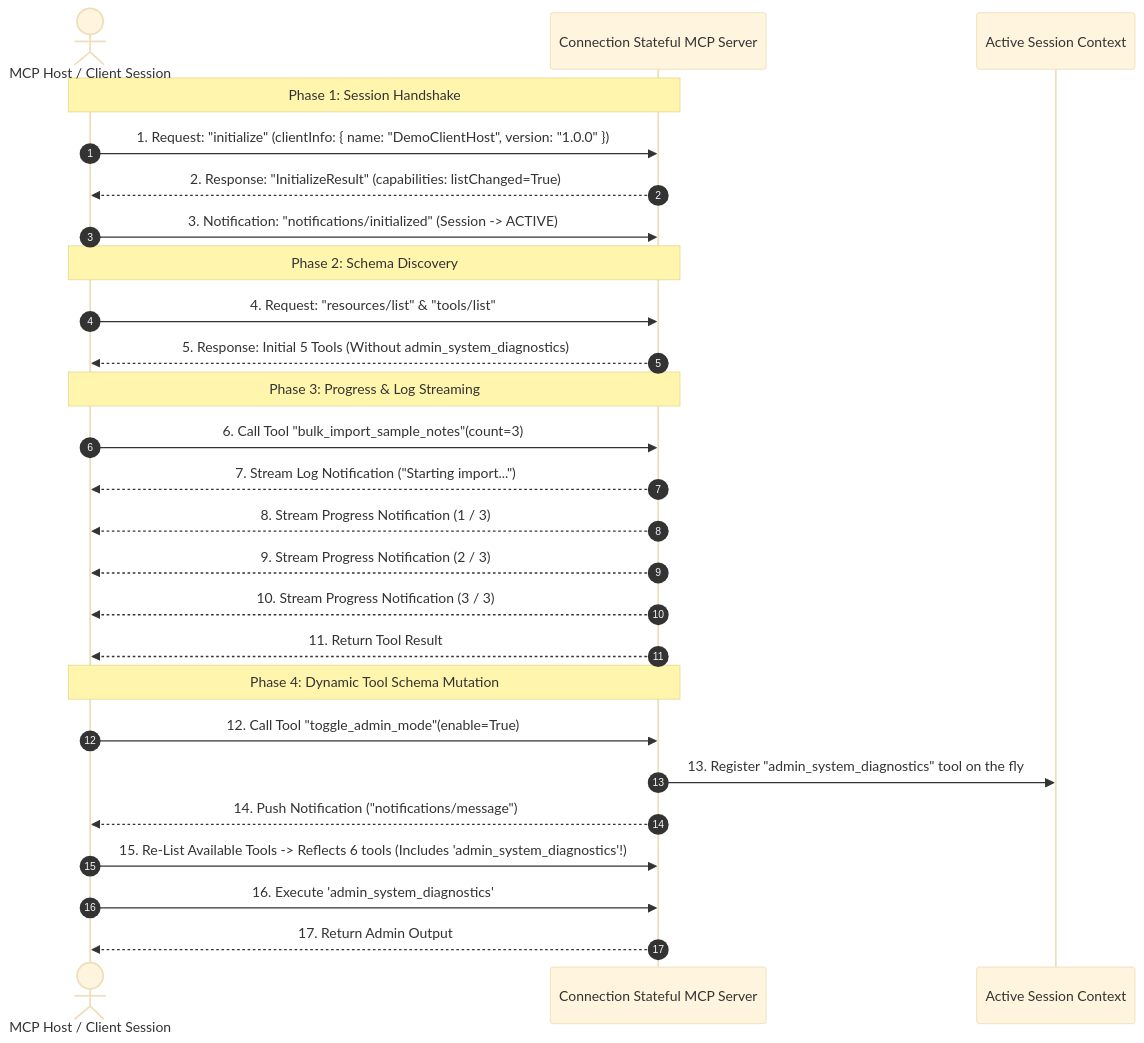
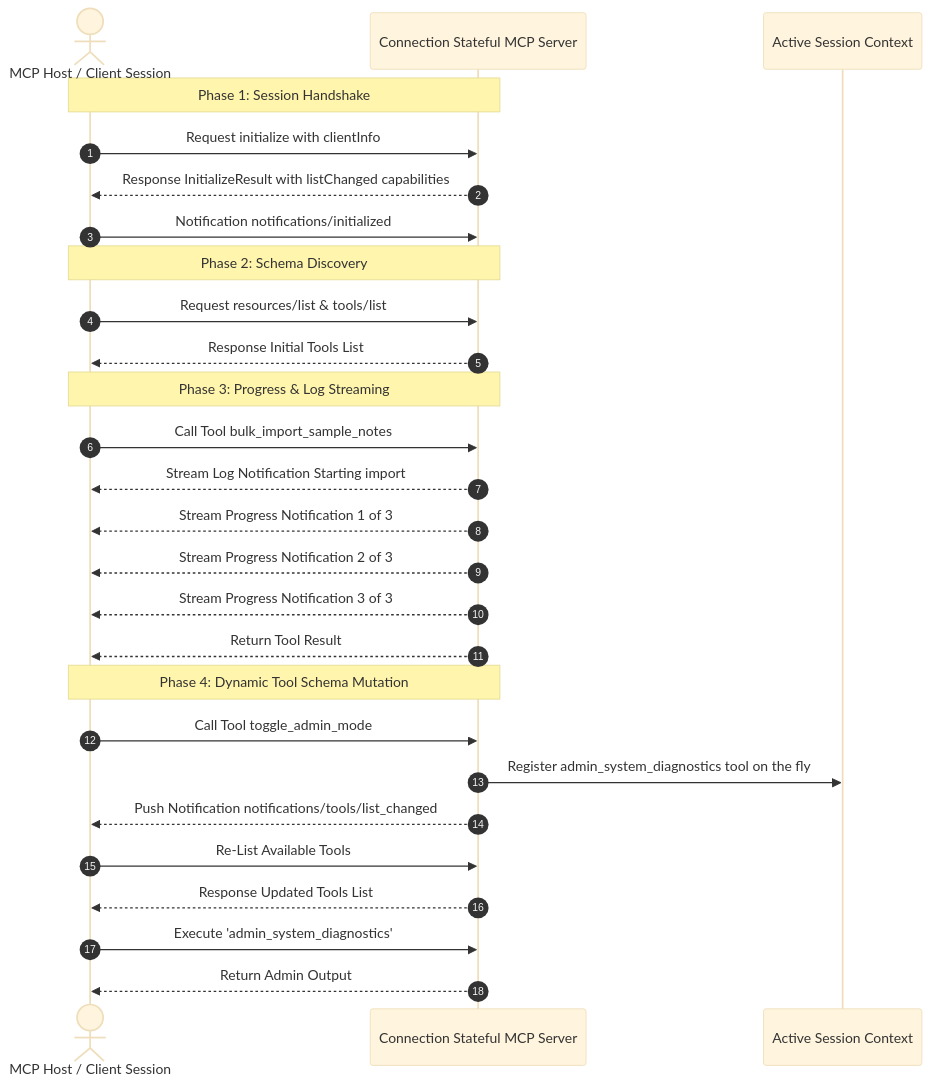
One commit to stenalpjolly/mcp-architecture-and-extensions-demo changed the diagram in 02_stateful_mcp_server/README.md. Above: the diagram before and after it, drawn with Mermaid (base theme). The commit also changed 4 other files, not shown here.

Commit message:
Fix Mermaid diagram labels for GitHub markdown rendering

````diff
--- a/02_stateful_mcp_server/README.md
+++ b/02_stateful_mcp_server/README.md
@@ -61,32 +61,33 @@
 ```mermaid
 sequenceDiagram
     autonumber
     actor Client as MCP Host / Client Session
     participant Server as Connection Stateful MCP Server
     participant Session as Active Session Context
 
     Note over Client,Server: Phase 1: Session Handshake
-    Client->>Server: 1. Request: "initialize" (clientInfo: { name: "DemoClientHost", version: "1.0.0" })
-    Server-->>Client: 2. Response: "InitializeResult" (capabilities: listChanged=True)
-    Client->>Server: 3. Notification: "notifications/initialized" (Session -> ACTIVE)
+    Client->>Server: Request initialize with clientInfo
+    Server-->>Client: Response InitializeResult with listChanged capabilities
+    Client->>Server: Notification notifications/initialized
 
     Note over Client,Server: Phase 2: Schema Discovery
-    Client->>Server: 4. Request: "resources/list" & "tools/list"
-    Server-->>Client: 5. Response: Initial 5 Tools (Without admin_system_diagnostics)
+    Client->>Server: Request resources/list & tools/list
+    Server-->>Client: Response Initial Tools List
 
     Note over Client,Server: Phase 3: Progress & Log Streaming
-    Client->>Server: 6. Call Tool "bulk_import_sample_notes"(count=3)
-    Server-->>Client: 7. Stream Log Notification ("Starting import...")
-    Server-->>Client: 8. Stream Progress Notification (1 / 3)
-    Server-->>Client: 9. Stream Progress Notification (2 / 3)
-    Server-->>Client: 10. Stream Progress Notification (3 / 3)
-    Server-->>Client: 11. Return Tool Result
+    Client->>Server: Call Tool bulk_import_sample_notes
+    Server-->>Client: Stream Log Notification Starting import
+    Server-->>Client: Stream Progress Notification 1 of 3
+    Server-->>Client: Stream Progress Notification 2 of 3
+    Server-->>Client: Stream Progress Notification 3 of 3
+    Server-->>Client: Return Tool Result
 
     Note over Client,Server: Phase 4: Dynamic Tool Schema Mutation
-    Client->>Server: 12. Call Tool "toggle_admin_mode"(enable=True)
-    Server->>Session: 13. Register "admin_system_diagnostics" tool on the fly
-    Server-->>Client: 14. Push Notification ("notifications/message")
-    Client->>Server: 15. Re-List Available Tools -> Reflects 6 tools (Includes 'admin_system_diagnostics'!)
-    Client->>Server: 16. Execute 'admin_system_diagnostics'
-    Server-->>Client: 17. Return Admin Output
+    Client->>Server: Call Tool toggle_admin_mode
+    Server->>Session: Register admin_system_diagnostics tool on the fly
+    Server-->>Client: Push Notification notifications/tools/list_changed
+    Client->>Server: Re-List Available Tools
+    Server-->>Client: Response Updated Tools List
+    Client->>Server: Execute 'admin_system_diagnostics'
+    Server-->>Client: Return Admin Output
 ```
````
